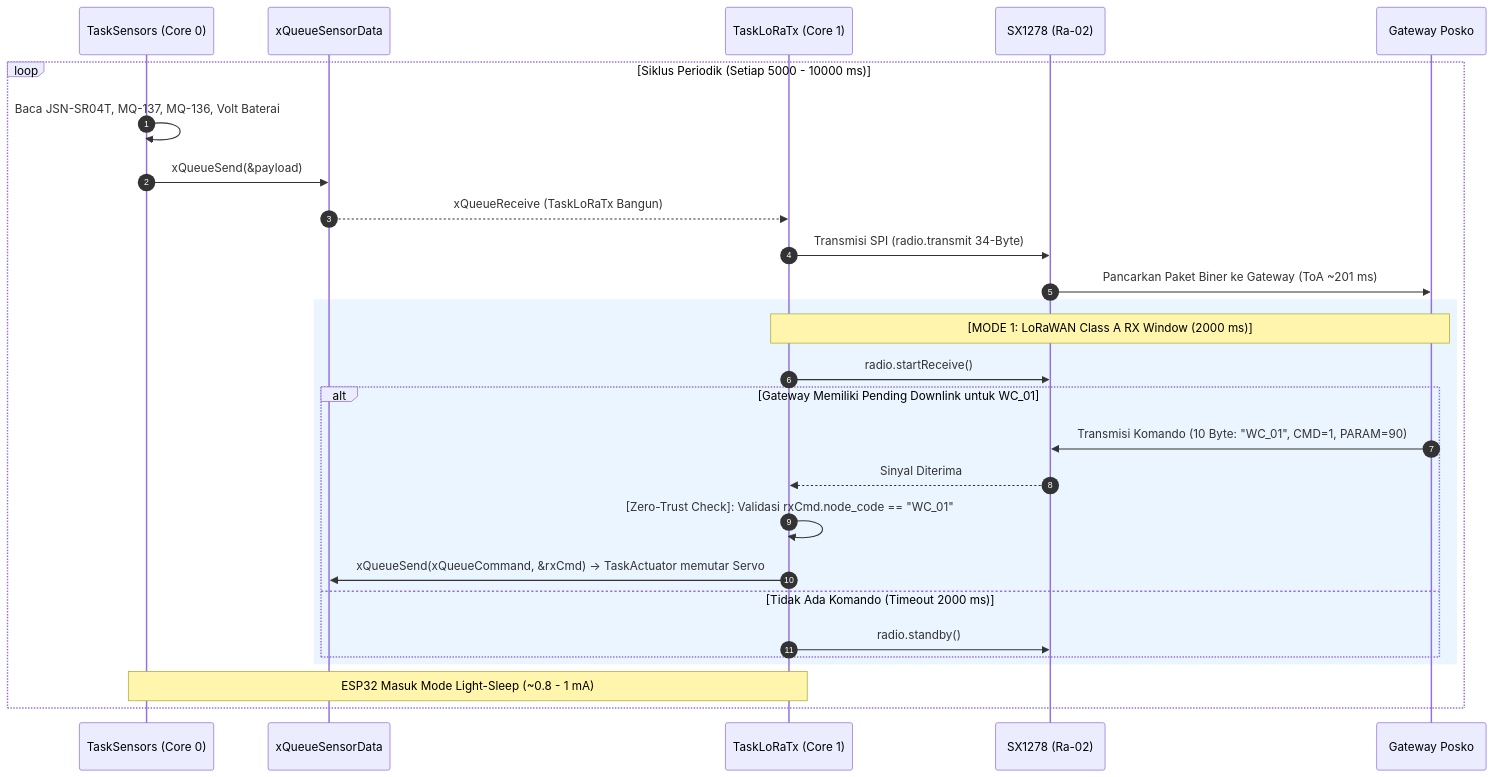
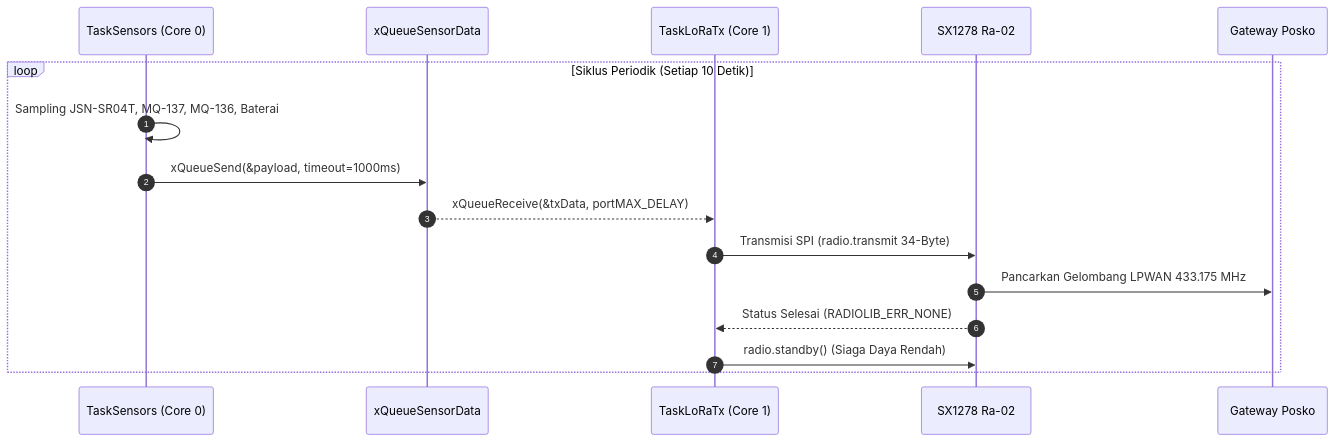
One commit to DHard4114/DESPRO-4 changed the third of 3 diagrams in src/firmware/node_wc/docs/README.md. Above: the diagram before and after it, drawn with Mermaid. The commit also changed other lines of this file and 8 other files, not shown here.

````diff
--- a/src/firmware/node_wc/docs/README.md
+++ b/src/firmware/node_wc/docs/README.md
@@ -112,32 +107,19 @@
 ```mermaid
 sequenceDiagram
     autonumber
-    participant S as TaskSensors (Core 0)
+    participant Sens as TaskSensors (Core 0)
     participant Q as xQueueSensorData
-    participant L as TaskLoRaTx (Core 1)
-    participant R as SX1278 (Ra-02)
-    participant GW as Gateway Posko
+    participant Radio as TaskLoRaTx (Core 1)
+    participant SX as SX1278 Ra-02
+    participant Posko as Gateway Posko
 
-    loop Siklus Periodik (Setiap 5000 - 10000 ms)
-        S->>S: Baca JSN-SR04T, MQ-137, MQ-136, Volt Baterai
-        S->>Q: xQueueSend(&payload)
-        Q-->>L: xQueueReceive (TaskLoRaTx Bangun)
-        L->>R: Transmisi SPI (radio.transmit 34-Byte)
-        R->>GW: Pancarkan Paket Biner ke Gateway (ToA ~201 ms)
-        
-        rect rgb(235, 245, 255)
-            Note over L,GW: [MODE 1: LoRaWAN Class A RX Window (2000 ms)]
-            L->>R: radio.startReceive()
-            alt Gateway Memiliki Pending Downlink untuk WC_01
-                GW->>R: Transmisi Komando (10 Byte: "WC_01", CMD=1, PARAM=90)
-                R-->>L: Sinyal Diterima
-                L->>L: [Zero-Trust Check]: Validasi rxCmd.node_code == "WC_01"
-                L->>Q: xQueueSend(xQueueCommand, &rxCmd) -> TaskActuator memutar Servo
-            else Tidak Ada Komando (Timeout 2000 ms)
-                L->>R: radio.standby()
-            end
-        end
-        
-        Note over L,S: ESP32 Masuk Mode Light-Sleep (~0.8 - 1 mA)
+    loop Siklus Periodik (Setiap 10 Detik)
+        Sens->>Sens: Sampling JSN-SR04T, MQ-137, MQ-136, Baterai
+        Sens->>Q: xQueueSend(&payload, timeout=1000ms)
+        Q-->>Radio: xQueueReceive(&txData, portMAX_DELAY)
+        Radio->>SX: Transmisi SPI (radio.transmit 34-Byte)
+        SX->>Posko: Pancarkan Gelombang LPWAN 433.175 MHz
+        SX-->>Radio: Status Selesai (RADIOLIB_ERR_NONE)
+        Radio->>SX: radio.standby() (Siaga Daya Rendah)
     end
 ```
````
